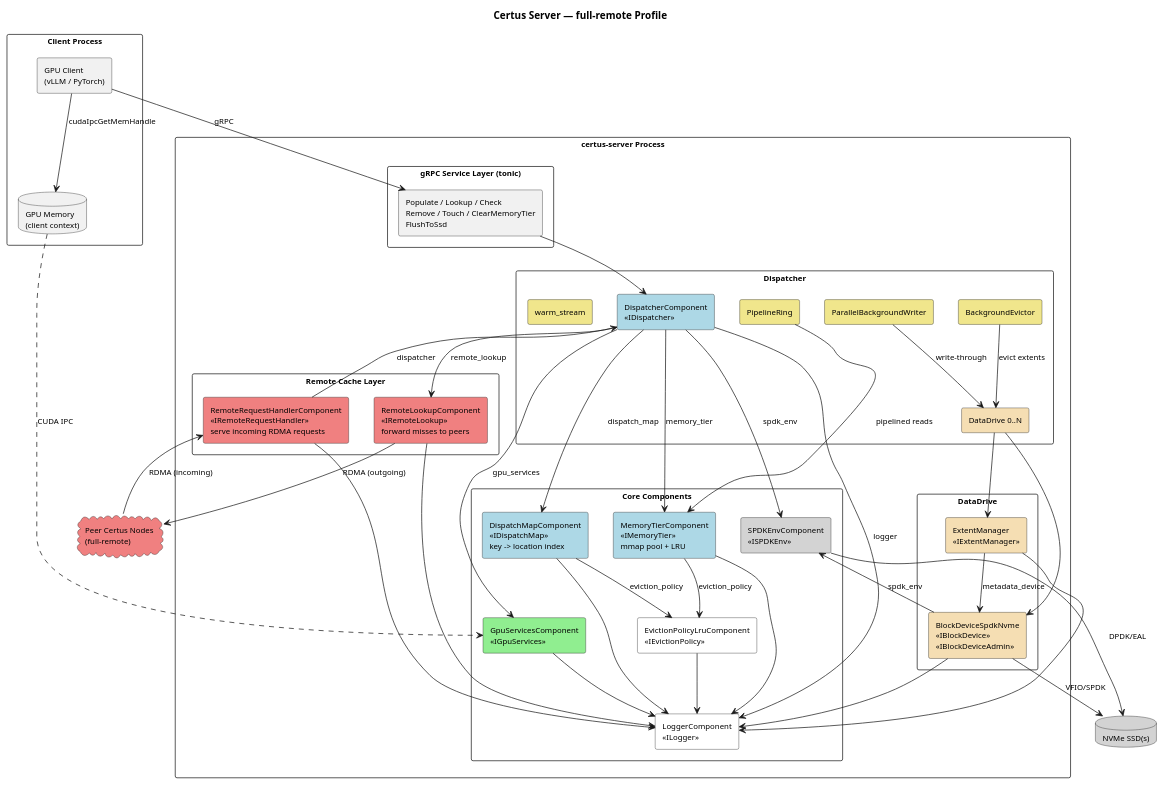
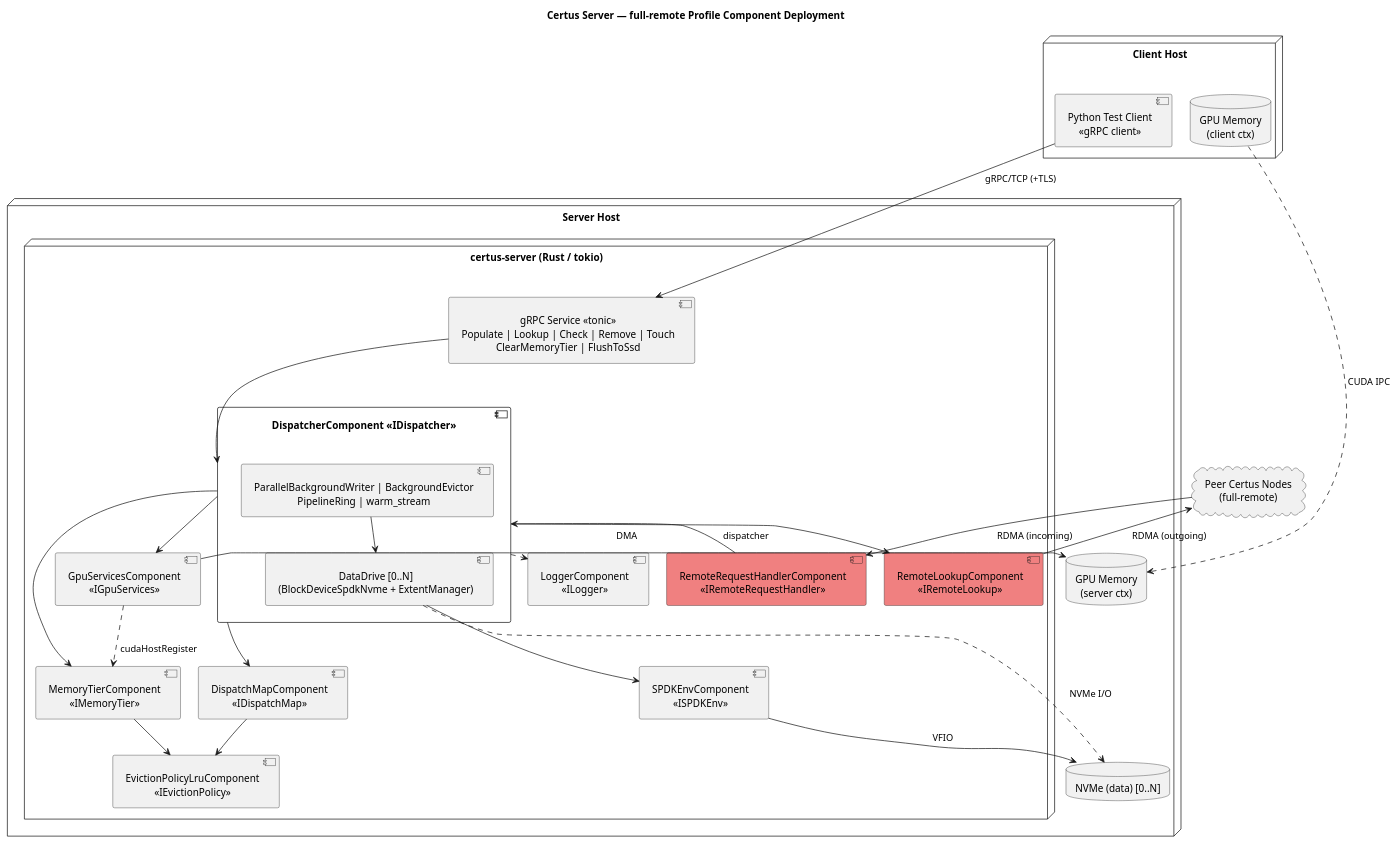
Before and after one commit to AI-native-Systems-Research/ai-native-storage-certus: the diagram in design/profiles/full-remote/certus-server-deployment.puml, drawn with PlantUML. The commit also changed 2 other files, not shown here.

Commit message:
fix: use UML deployment diagram nodes for host containers
Switch full-remote deployment .puml from package/component-only to
proper UML deployment elements (node for hosts, component for software,
database for storage, cloud for external). Matches the full profile's
style with 3D cube host containers. Update skill style guide.

```diff
--- a/design/profiles/full-remote/certus-server-deployment.puml
+++ b/design/profiles/full-remote/certus-server-deployment.puml
@@ -1,101 +1,91 @@
 @startuml
-skinparam componentStyle rectangle
-skinparam packageStyle rectangle
-skinparam defaultFontSize 11
-skinparam shadowing false
+skinparam defaultTextAlignment center
+skinparam padding 3
+skinparam nodesep 25
+skinparam ranksep 25
 
-title Certus Server — full-remote Profile
+title Certus Server — full-remote Profile Component Deployment
 
-package "Client Process" {
-    [GPU Client\n(vLLM / PyTorch)] as client
-    database "GPU Memory\n(client context)" as client_gpu
-    client --> client_gpu : cudaIpcGetMemHandle
+' ============================================================
+' CLIENT
+' ============================================================
+node "Client Host" {
+    component "Python Test Client\n<<gRPC client>>" as pyclient
+    database "GPU Memory\n(client ctx)" as client_gpu
+    pyclient -right[hidden]- client_gpu
 }
 
-package "certus-server Process" {
-    package "gRPC Service Layer (tonic)" {
-        [Populate / Lookup / Check\nRemove / Touch / ClearMemoryTier\nFlushToSsd] as rpcs
+' ============================================================
+' SERVER
+' ============================================================
+node "Server Host" {
+
+    node "certus-server (Rust / tokio)" {
+
+        component "gRPC Service <<tonic>>\nPopulate | Lookup | Check | Remove | Touch\nClearMemoryTier | FlushToSsd" as grpc
+
+        component "DispatcherComponent <<IDispatcher>>" as dispatcher {
+            component "ParallelBackgroundWriter | BackgroundEvictor\nPipelineRing | warm_stream" as disp_bg
+            component "DataDrive [0..N]\n(BlockDeviceSpdkNvme + ExtentManager)" as data_drive
+        }
+
+        component "DispatchMapComponent\n<<IDispatchMap>>" as dispatch_map
+        component "MemoryTierComponent\n<<IMemoryTier>>" as memory_tier
+        component "EvictionPolicyLruComponent\n<<IEvictionPolicy>>" as eviction
+        component "GpuServicesComponent\n<<IGpuServices>>" as gpu_svc
+        component "LoggerComponent\n<<ILogger>>" as logger
+
+        component "SPDKEnvComponent\n<<ISPDKEnv>>" as spdk_env
+
+        component "RemoteLookupComponent\n<<IRemoteLookup>>" as remote_lookup #LightCoral
+        component "RemoteRequestHandlerComponent\n<<IRemoteRequestHandler>>" as remote_handler #LightCoral
     }
 
-    package "Dispatcher" as disppkg {
-        [DispatcherComponent\n<<IDispatcher>>] as dispatcher #LightBlue
-        [DataDrive 0..N] as drives #Wheat
-        [ParallelBackgroundWriter] as bgwriter #Khaki
-        [BackgroundEvictor] as bgevictor #Khaki
-        [PipelineRing] as pipeline #Khaki
-        [warm_stream] as warmstream #Khaki
-    }
-
-    package "Core Components" {
-        [SPDKEnvComponent\n<<ISPDKEnv>>] as spdk #LightGray
-        [GpuServicesComponent\n<<IGpuServices>>] as gpu #LightGreen
-        [EvictionPolicyLruComponent\n<<IEvictionPolicy>>] as eviction #White
-        [MemoryTierComponent\n<<IMemoryTier>>\nmmap pool + LRU] as memtier #LightBlue
-        [DispatchMapComponent\n<<IDispatchMap>>\nkey -> location index] as dispmap #LightBlue
-        [LoggerComponent\n<<ILogger>>] as logger #White
-    }
-
-    package "DataDrive" as datadrive {
-        [BlockDeviceSpdkNvme\n<<IBlockDevice>>\n<<IBlockDeviceAdmin>>] as blkdev #Wheat
-        [ExtentManager\n<<IExtentManager>>] as extmgr #Wheat
-    }
-
-    package "Remote Cache Layer" as remote_layer {
-        [RemoteLookupComponent\n<<IRemoteLookup>>\nforward misses to peers] as remotelookup #LightCoral
-        [RemoteRequestHandlerComponent\n<<IRemoteRequestHandler>>\nserve incoming RDMA requests] as remotehandler #LightCoral
-    }
+    database "GPU Memory\n(server ctx)" as server_gpu
+    database "NVMe (data) [0..N]" as nvme_data
 }
 
-database "NVMe SSD(s)" as nvme #LightGray
-cloud "Peer Certus Nodes\n(full-remote)" as peers #LightCoral
+cloud "Peer Certus Nodes\n(full-remote)" as peers
 
-' Client connections
-client --> rpcs : gRPC
-client_gpu ..> gpu : CUDA IPC
+' ============================================================
+' CONNECTIONS
+' ============================================================
 
-' gRPC to dispatcher
-rpcs --> dispatcher
+' Client -> Server
+pyclient -down-> grpc : "gRPC/TCP (+TLS)"
+client_gpu .down.> server_gpu : "CUDA IPC"
 
-' Dispatcher receptacles
-dispatcher --> dispmap : dispatch_map
-dispatcher --> memtier : memory_tier
-dispatcher --> gpu : gpu_services
-dispatcher --> spdk : spdk_env
-dispatcher --> remotelookup : remote_lookup
-dispatcher --> logger : logger
+' gRPC -> Dispatcher
+grpc -down-> dispatcher
 
-' DataDrive internals
-drives --> blkdev
-drives --> extmgr
-extmgr --> blkdev : metadata_device
-blkdev --> spdk : spdk_env
-blkdev --> logger
-extmgr --> logger
+' Dispatcher bindings (receptacles)
+dispatcher -down-> dispatch_map
+dispatcher -down-> memory_tier
+dispatcher -down-> gpu_svc
+dispatcher -down-> remote_lookup
+dispatcher ..> logger
+data_drive -down-> spdk_env
 
-' Standard component wiring
-dispmap --> eviction : eviction_policy
-dispmap --> logger
-memtier --> eviction : eviction_policy
-memtier --> logger
-gpu --> logger
-eviction --> logger
-remotelookup --> logger
+' Dispatcher internal
+disp_bg -down-> data_drive
 
-' Remote layer wiring
-remotehandler --> dispatcher : dispatcher
-remotehandler --> logger
+' DispatchMap wiring
+dispatch_map -down-> eviction
 
-' Hardware
-blkdev --> nvme : VFIO/SPDK
-spdk --> nvme : DPDK/EAL
+' MemoryTier wiring
+memory_tier -down-> eviction
 
-' Remote connections
-remotelookup --> peers : RDMA (outgoing)
-peers --> remotehandler : RDMA (incoming)
+' Remote layer
+remote_handler -up-> dispatcher : "dispatcher"
+remote_lookup -down-> peers : "RDMA (outgoing)"
+peers -down-> remote_handler : "RDMA (incoming)"
 
-' Background threads
-bgwriter --> drives : write-through
-bgevictor --> drives : evict extents
-pipeline --> memtier : pipelined reads
+' GPU
+gpu_svc -right-> server_gpu : "DMA"
+gpu_svc .down.> memory_tier : "cudaHostRegister"
+
+' SPDK -> hardware
+spdk_env -down-> nvme_data : "VFIO"
+data_drive ..> nvme_data : "NVMe I/O"
 
 @enduml
```
